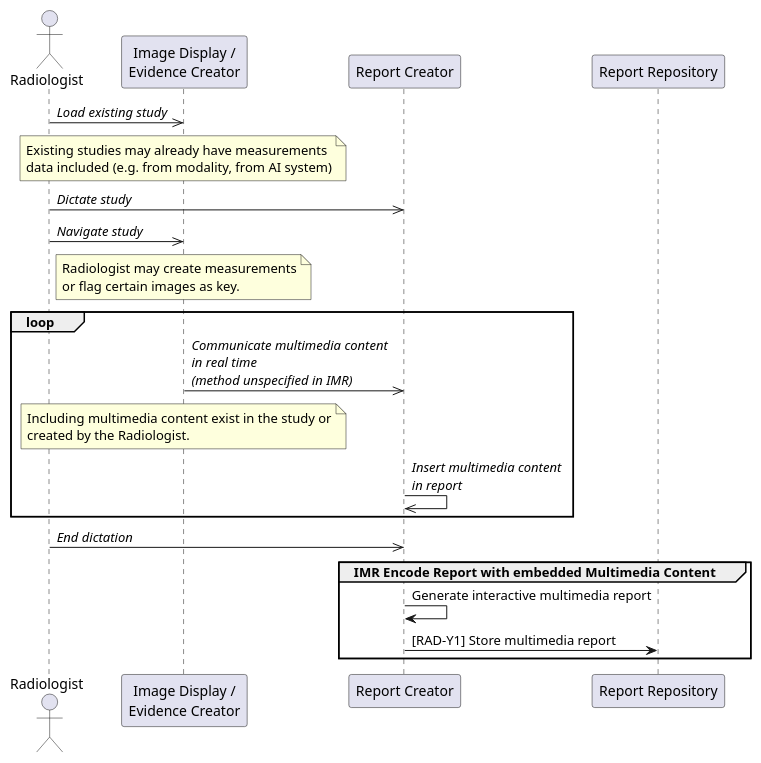
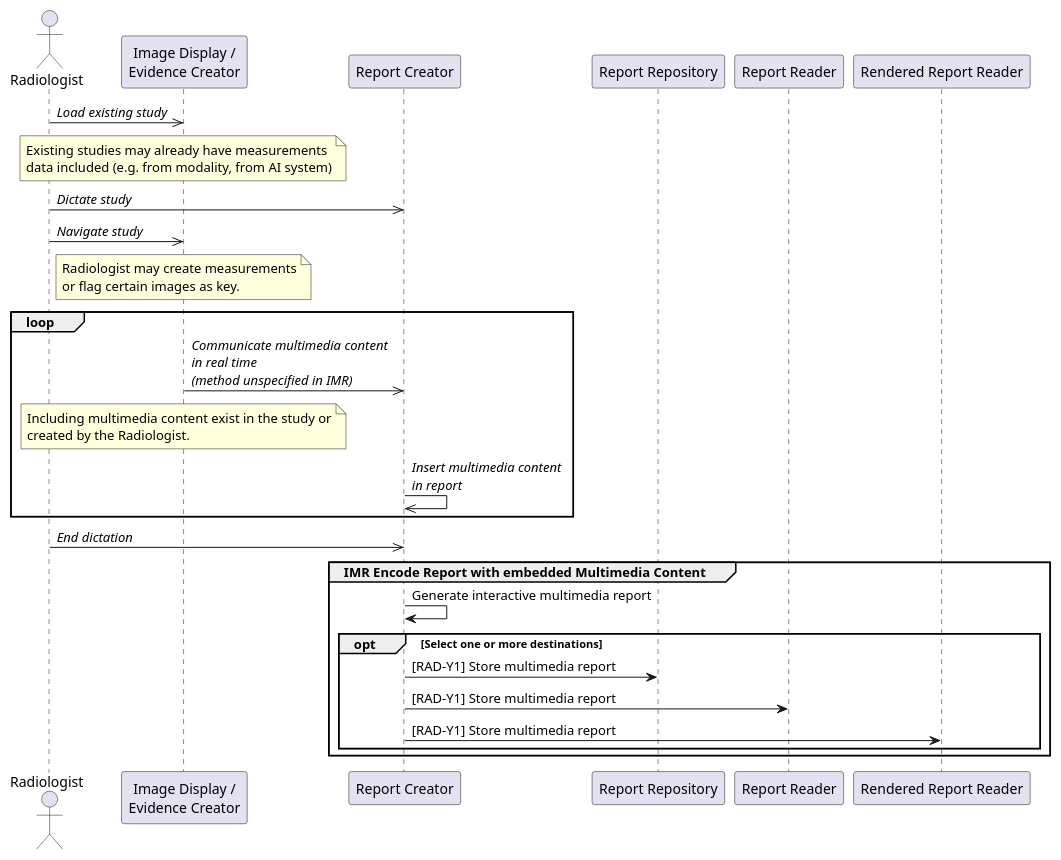
Before and after one commit to IHE/RAD.IMR: the diagram in input/images-source/uc1-authoring-report.plantuml, drawn with PlantUML. The commit also changed 7 other files, not shown here.

Commit message:
Updated to have Image Display supports RAD-Y5. The standalone Report Reader now supports retrieve rendered images. Updated the use cases to reflect the rendered image display differences.

```diff
--- a/input/images-source/uc1-authoring-report.plantuml
+++ b/input/images-source/uc1-authoring-report.plantuml
@@ -1,36 +1,44 @@
 @startuml
 
 actor "Radiologist" as Rad
 participant "Image Display /\nEvidence Creator" as ECreator
 participant "Report Creator" as RCreator
 participant "Report Repository" as Repo
+participant "Report Reader" as Reader
+participant "Rendered Report Reader" as RenderedReader
 
 Rad->>ECreator: //Load existing study//
 note over ECreator
 Existing studies may already have measurements
 data included (e.g. from modality, from AI system)
 end note
 Rad->>RCreator: //Dictate study//
 Rad->>ECreator: //Navigate study//
 note over ECreator
 Radiologist may create measurements
 or flag certain images as key.
 end note
 
 loop
 ECreator->>RCreator: //Communicate multimedia content//\n//in real time//\n//(method unspecified in IMR)//
 note over ECreator
 Including multimedia content exist in the study or
 created by the Radiologist.
 end note
 RCreator->>RCreator: //Insert multimedia content//\n//in report//
 end
 
 Rad->>RCreator: //End dictation//
 
 group IMR Encode Report with embedded Multimedia Content
 RCreator->RCreator: Generate interactive multimedia report
+
+opt Select one or more destinations
 RCreator->Repo: [RAD-Y1] Store multimedia report
+RCreator->Reader: [RAD-Y1] Store multimedia report
+RCreator->RenderedReader: [RAD-Y1] Store multimedia report
+end opt
+
 end group
 
 @enduml
```
